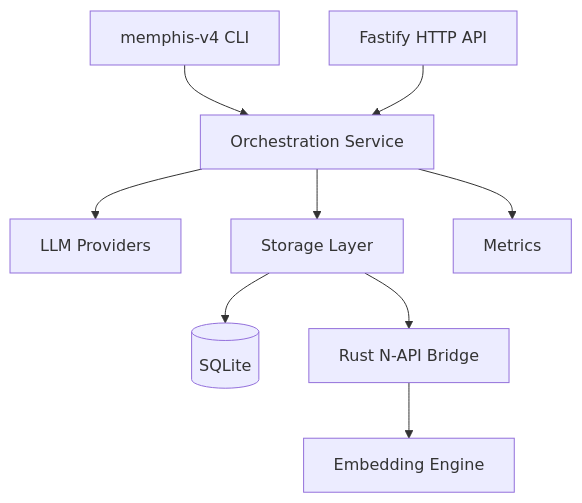
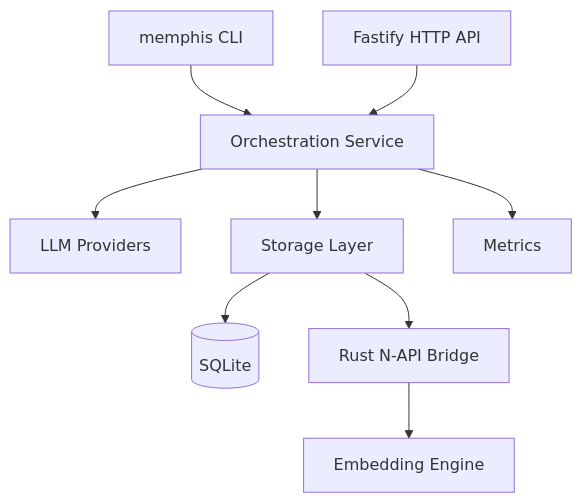
One commit to Memphis-Chains/memphis changed the diagram in docs/diagrams/system-overview.mmd. Above: the diagram before and after it, drawn with Mermaid. The commit also changed 101 other files, not shown here.

```diff
--- a/docs/diagrams/system-overview.mmd
+++ b/docs/diagrams/system-overview.mmd
@@ -1,9 +1,9 @@
 graph TD
-  CLI[memphis-v4 CLI] --> ORCH[Orchestration Service]
+  CLI[memphis CLI] --> ORCH[Orchestration Service]
   HTTP[Fastify HTTP API] --> ORCH
   ORCH --> PROVIDERS[LLM Providers]
   ORCH --> STORAGE[Storage Layer]
   STORAGE --> SQLITE[(SQLite)]
   STORAGE --> RUST[Rust N-API Bridge]
   RUST --> EMBED[Embedding Engine]
   ORCH --> METRICS[Metrics]
```
